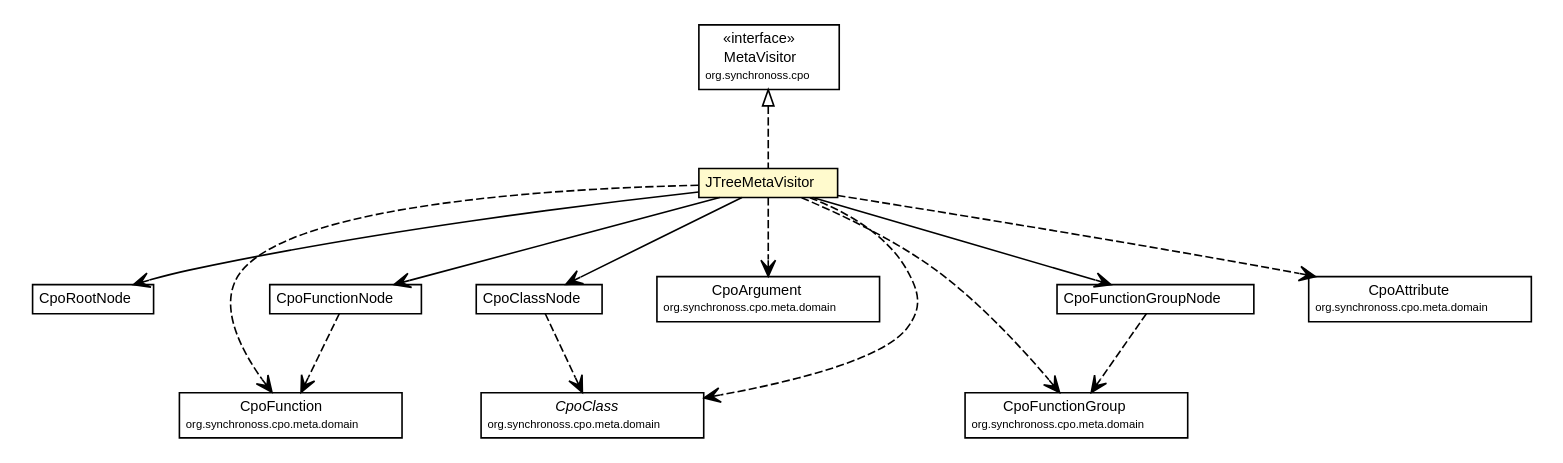
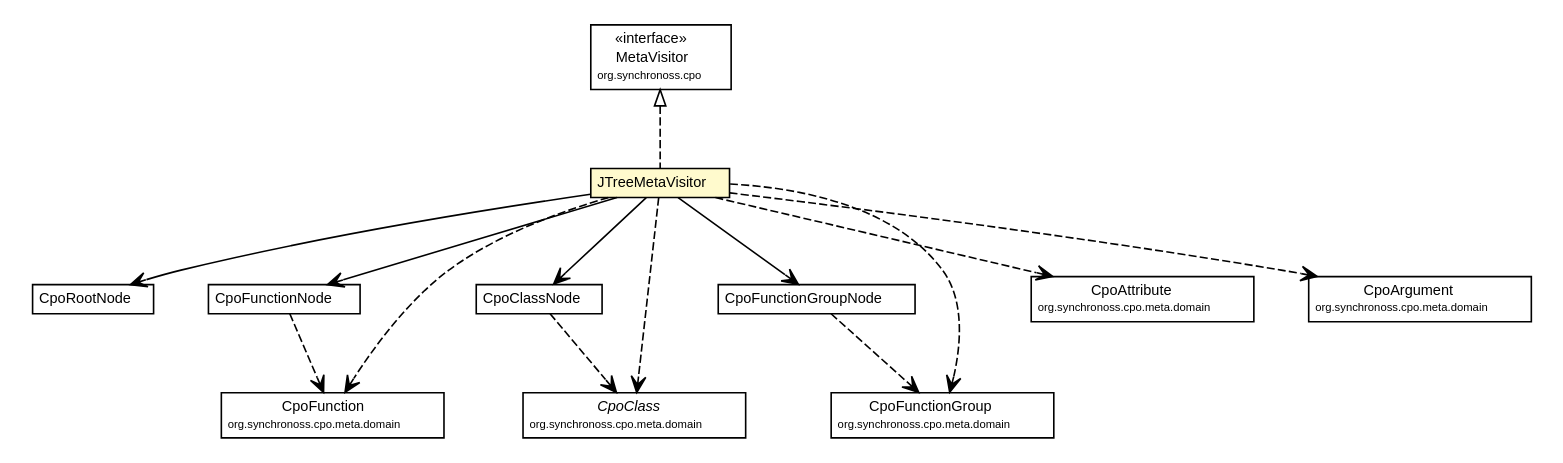
The diagram in site/apidocs/org/synchronoss/cpo/util/JTreeMetaVisitor.dot (synchronoss/cpo-util), drawn with Graphviz before and after one commit. The commit also changed 301 other files, not shown here.

Commit message:
Creating site for cpoUtil, 5.1.1-SNAPSHOT

```diff
--- a/site/apidocs/org/synchronoss/cpo/util/JTreeMetaVisitor.dot
+++ b/site/apidocs/org/synchronoss/cpo/util/JTreeMetaVisitor.dot
@@ -1,109 +1,109 @@
 #!/usr/local/bin/dot
 #
 # Class diagram 
 # Generated by UmlGraph version 4.6 (http://www.spinellis.gr/sw/umlgraph)
 #
 
 digraph G {
 	edge [fontname="Helvetica",fontsize=10,labelfontname="Helvetica",labelfontsize=10];
 	node [fontname="Helvetica",fontsize=10,shape=plaintext];
 	// org.synchronoss.cpo.util.JTreeMetaVisitor
 	c1707 [label=<<table border="0" cellborder="1" cellspacing="0" cellpadding="2" port="p" bgcolor="lemonChiffon" href="./JTreeMetaVisitor.html">
 		<tr><td><table border="0" cellspacing="0" cellpadding="1">
 			<tr><td> JTreeMetaVisitor </td></tr>
 		</table></td></tr>
 		</table>>, fontname="Helvetica", fontcolor="black", fontsize=9.0];
 	// org.synchronoss.cpo.util.CpoRootNode
 	c1715 [label=<<table border="0" cellborder="1" cellspacing="0" cellpadding="2" port="p" href="./CpoRootNode.html">
 		<tr><td><table border="0" cellspacing="0" cellpadding="1">
 			<tr><td> CpoRootNode </td></tr>
 		</table></td></tr>
 		</table>>, fontname="Helvetica", fontcolor="black", fontsize=9.0];
 	// org.synchronoss.cpo.util.CpoFunctionNode
 	c1721 [label=<<table border="0" cellborder="1" cellspacing="0" cellpadding="2" port="p" href="./CpoFunctionNode.html">
 		<tr><td><table border="0" cellspacing="0" cellpadding="1">
 			<tr><td> CpoFunctionNode </td></tr>
 		</table></td></tr>
 		</table>>, fontname="Helvetica", fontcolor="black", fontsize=9.0];
 	// org.synchronoss.cpo.util.CpoClassNode
 	c1723 [label=<<table border="0" cellborder="1" cellspacing="0" cellpadding="2" port="p" href="./CpoClassNode.html">
 		<tr><td><table border="0" cellspacing="0" cellpadding="1">
 			<tr><td> CpoClassNode </td></tr>
 		</table></td></tr>
 		</table>>, fontname="Helvetica", fontcolor="black", fontsize=9.0];
 	// org.synchronoss.cpo.util.CpoFunctionGroupNode
 	c1728 [label=<<table border="0" cellborder="1" cellspacing="0" cellpadding="2" port="p" href="./CpoFunctionGroupNode.html">
 		<tr><td><table border="0" cellspacing="0" cellpadding="1">
 			<tr><td> CpoFunctionGroupNode </td></tr>
 		</table></td></tr>
 		</table>>, fontname="Helvetica", fontcolor="black", fontsize=9.0];
 	//org.synchronoss.cpo.util.JTreeMetaVisitor implements org.synchronoss.cpo.MetaVisitor
 	c1764:p -> c1707:p [dir=back,arrowtail=empty,style=dashed];
 	// org.synchronoss.cpo.util.JTreeMetaVisitor NAVASSOC org.synchronoss.cpo.util.CpoRootNode
 	c1707:p -> c1715:p [taillabel="", label="", headlabel="", fontname="Helvetica", fontcolor="black", fontsize=10.0, color="black", arrowhead=open];
 	// org.synchronoss.cpo.util.JTreeMetaVisitor NAVASSOC org.synchronoss.cpo.util.CpoClassNode
 	c1707:p -> c1723:p [taillabel="", label="", headlabel="", fontname="Helvetica", fontcolor="black", fontsize=10.0, color="black", arrowhead=open];
 	// org.synchronoss.cpo.util.JTreeMetaVisitor NAVASSOC org.synchronoss.cpo.util.CpoFunctionGroupNode
 	c1707:p -> c1728:p [taillabel="", label="", headlabel="", fontname="Helvetica", fontcolor="black", fontsize=10.0, color="black", arrowhead=open];
 	// org.synchronoss.cpo.util.JTreeMetaVisitor NAVASSOC org.synchronoss.cpo.util.CpoFunctionNode
 	c1707:p -> c1721:p [taillabel="", label="", headlabel="", fontname="Helvetica", fontcolor="black", fontsize=10.0, color="black", arrowhead=open];
-	// org.synchronoss.cpo.util.JTreeMetaVisitor DEPEND org.synchronoss.cpo.meta.domain.CpoArgument
+	// org.synchronoss.cpo.util.JTreeMetaVisitor DEPEND org.synchronoss.cpo.meta.domain.CpoFunction
 	c1707:p -> c1765:p [taillabel="", label="", headlabel="", fontname="Helvetica", fontcolor="black", fontsize=10.0, color="black", arrowhead=open, style=dashed];
-	// org.synchronoss.cpo.util.JTreeMetaVisitor DEPEND org.synchronoss.cpo.meta.domain.CpoFunction
+	// org.synchronoss.cpo.util.JTreeMetaVisitor DEPEND org.synchronoss.cpo.meta.domain.CpoClass
 	c1707:p -> c1766:p [taillabel="", label="", headlabel="", fontname="Helvetica", fontcolor="black", fontsize=10.0, color="black", arrowhead=open, style=dashed];
 	// org.synchronoss.cpo.util.JTreeMetaVisitor DEPEND org.synchronoss.cpo.meta.domain.CpoFunctionGroup
 	c1707:p -> c1768:p [taillabel="", label="", headlabel="", fontname="Helvetica", fontcolor="black", fontsize=10.0, color="black", arrowhead=open, style=dashed];
-	// org.synchronoss.cpo.util.JTreeMetaVisitor DEPEND org.synchronoss.cpo.meta.domain.CpoClass
+	// org.synchronoss.cpo.util.JTreeMetaVisitor DEPEND org.synchronoss.cpo.meta.domain.CpoAttribute
 	c1707:p -> c1769:p [taillabel="", label="", headlabel="", fontname="Helvetica", fontcolor="black", fontsize=10.0, color="black", arrowhead=open, style=dashed];
-	// org.synchronoss.cpo.util.JTreeMetaVisitor DEPEND org.synchronoss.cpo.meta.domain.CpoAttribute
+	// org.synchronoss.cpo.util.JTreeMetaVisitor DEPEND org.synchronoss.cpo.meta.domain.CpoArgument
 	c1707:p -> c1770:p [taillabel="", label="", headlabel="", fontname="Helvetica", fontcolor="black", fontsize=10.0, color="black", arrowhead=open, style=dashed];
 	// org.synchronoss.cpo.util.CpoFunctionNode DEPEND org.synchronoss.cpo.meta.domain.CpoFunction
-	c1721:p -> c1766:p [taillabel="", label="", headlabel="", fontname="Helvetica", fontcolor="black", fontsize=10.0, color="black", arrowhead=open, style=dashed];
+	c1721:p -> c1765:p [taillabel="", label="", headlabel="", fontname="Helvetica", fontcolor="black", fontsize=10.0, color="black", arrowhead=open, style=dashed];
 	// org.synchronoss.cpo.util.CpoClassNode DEPEND org.synchronoss.cpo.meta.domain.CpoClass
-	c1723:p -> c1769:p [taillabel="", label="", headlabel="", fontname="Helvetica", fontcolor="black", fontsize=10.0, color="black", arrowhead=open, style=dashed];
+	c1723:p -> c1766:p [taillabel="", label="", headlabel="", fontname="Helvetica", fontcolor="black", fontsize=10.0, color="black", arrowhead=open, style=dashed];
 	// org.synchronoss.cpo.util.CpoFunctionGroupNode DEPEND org.synchronoss.cpo.meta.domain.CpoFunctionGroup
 	c1728:p -> c1768:p [taillabel="", label="", headlabel="", fontname="Helvetica", fontcolor="black", fontsize=10.0, color="black", arrowhead=open, style=dashed];
 	// org.synchronoss.cpo.meta.domain.CpoClass
-	c1769 [label=<<table border="0" cellborder="1" cellspacing="0" cellpadding="2" port="p" href="http://java.sun.com/j2se/1.4.2/docs/api/org/synchronoss/cpo/meta/domain/CpoClass.html">
+	c1766 [label=<<table border="0" cellborder="1" cellspacing="0" cellpadding="2" port="p" href="http://java.sun.com/j2se/1.4.2/docs/api/org/synchronoss/cpo/meta/domain/CpoClass.html">
 		<tr><td><table border="0" cellspacing="0" cellpadding="1">
 			<tr><td><font face="Helvetica-Oblique"> CpoClass </font></td></tr>
 			<tr><td><font point-size="7.0"> org.synchronoss.cpo.meta.domain </font></td></tr>
 		</table></td></tr>
 		</table>>, fontname="Helvetica", fontcolor="black", fontsize=9.0];
 	// org.synchronoss.cpo.meta.domain.CpoArgument
-	c1765 [label=<<table border="0" cellborder="1" cellspacing="0" cellpadding="2" port="p" href="http://java.sun.com/j2se/1.4.2/docs/api/org/synchronoss/cpo/meta/domain/CpoArgument.html">
+	c1770 [label=<<table border="0" cellborder="1" cellspacing="0" cellpadding="2" port="p" href="http://java.sun.com/j2se/1.4.2/docs/api/org/synchronoss/cpo/meta/domain/CpoArgument.html">
 		<tr><td><table border="0" cellspacing="0" cellpadding="1">
 			<tr><td> CpoArgument </td></tr>
 			<tr><td><font point-size="7.0"> org.synchronoss.cpo.meta.domain </font></td></tr>
 		</table></td></tr>
 		</table>>, fontname="Helvetica", fontcolor="black", fontsize=9.0];
 	// org.synchronoss.cpo.meta.domain.CpoAttribute
-	c1770 [label=<<table border="0" cellborder="1" cellspacing="0" cellpadding="2" port="p" href="http://java.sun.com/j2se/1.4.2/docs/api/org/synchronoss/cpo/meta/domain/CpoAttribute.html">
+	c1769 [label=<<table border="0" cellborder="1" cellspacing="0" cellpadding="2" port="p" href="http://java.sun.com/j2se/1.4.2/docs/api/org/synchronoss/cpo/meta/domain/CpoAttribute.html">
 		<tr><td><table border="0" cellspacing="0" cellpadding="1">
 			<tr><td> CpoAttribute </td></tr>
 			<tr><td><font point-size="7.0"> org.synchronoss.cpo.meta.domain </font></td></tr>
 		</table></td></tr>
 		</table>>, fontname="Helvetica", fontcolor="black", fontsize=9.0];
 	// org.synchronoss.cpo.meta.domain.CpoFunction
-	c1766 [label=<<table border="0" cellborder="1" cellspacing="0" cellpadding="2" port="p" href="http://java.sun.com/j2se/1.4.2/docs/api/org/synchronoss/cpo/meta/domain/CpoFunction.html">
+	c1765 [label=<<table border="0" cellborder="1" cellspacing="0" cellpadding="2" port="p" href="http://java.sun.com/j2se/1.4.2/docs/api/org/synchronoss/cpo/meta/domain/CpoFunction.html">
 		<tr><td><table border="0" cellspacing="0" cellpadding="1">
 			<tr><td> CpoFunction </td></tr>
 			<tr><td><font point-size="7.0"> org.synchronoss.cpo.meta.domain </font></td></tr>
 		</table></td></tr>
 		</table>>, fontname="Helvetica", fontcolor="black", fontsize=9.0];
 	// org.synchronoss.cpo.meta.domain.CpoFunctionGroup
 	c1768 [label=<<table border="0" cellborder="1" cellspacing="0" cellpadding="2" port="p" href="http://java.sun.com/j2se/1.4.2/docs/api/org/synchronoss/cpo/meta/domain/CpoFunctionGroup.html">
 		<tr><td><table border="0" cellspacing="0" cellpadding="1">
 			<tr><td> CpoFunctionGroup </td></tr>
 			<tr><td><font point-size="7.0"> org.synchronoss.cpo.meta.domain </font></td></tr>
 		</table></td></tr>
 		</table>>, fontname="Helvetica", fontcolor="black", fontsize=9.0];
 	// org.synchronoss.cpo.MetaVisitor
 	c1764 [label=<<table border="0" cellborder="1" cellspacing="0" cellpadding="2" port="p" href="http://java.sun.com/j2se/1.4.2/docs/api/org/synchronoss/cpo/MetaVisitor.html">
 		<tr><td><table border="0" cellspacing="0" cellpadding="1">
 			<tr><td> &laquo;interface&raquo; </td></tr>
 			<tr><td> MetaVisitor </td></tr>
 			<tr><td><font point-size="7.0"> org.synchronoss.cpo </font></td></tr>
 		</table></td></tr>
 		</table>>, fontname="Helvetica", fontcolor="black", fontsize=9.0];
 }
```
